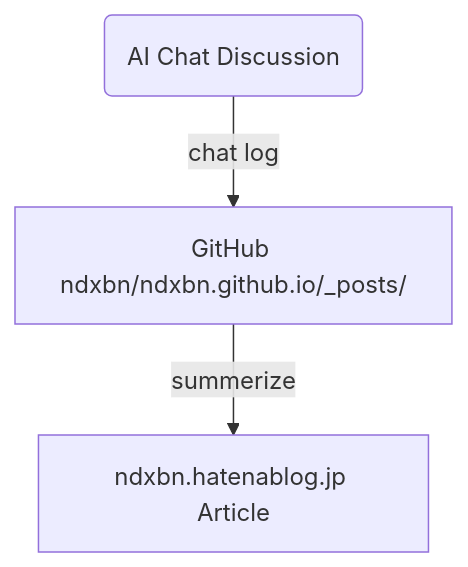
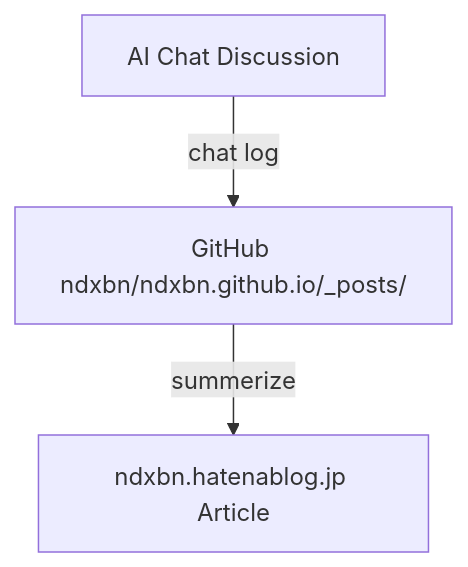
One commit to ndxbn/til changed the diagram in README.md. Above: the diagram before and after it, drawn with Mermaid.

````diff
--- a/README.md
+++ b/README.md
@@ -5,6 +5,6 @@
 ```mermaid
 flowchart TD
 
-    A(AI Chat Discussion) -->|chat log| B[GitHub ndxbn/ndxbn.github.io/_posts/]
+    A[AI Chat Discussion] -->|chat log| B[GitHub ndxbn/ndxbn.github.io/_posts/]
     B -->|summerize| hatena[ndxbn.hatenablog.jp Article]
 ```
````
